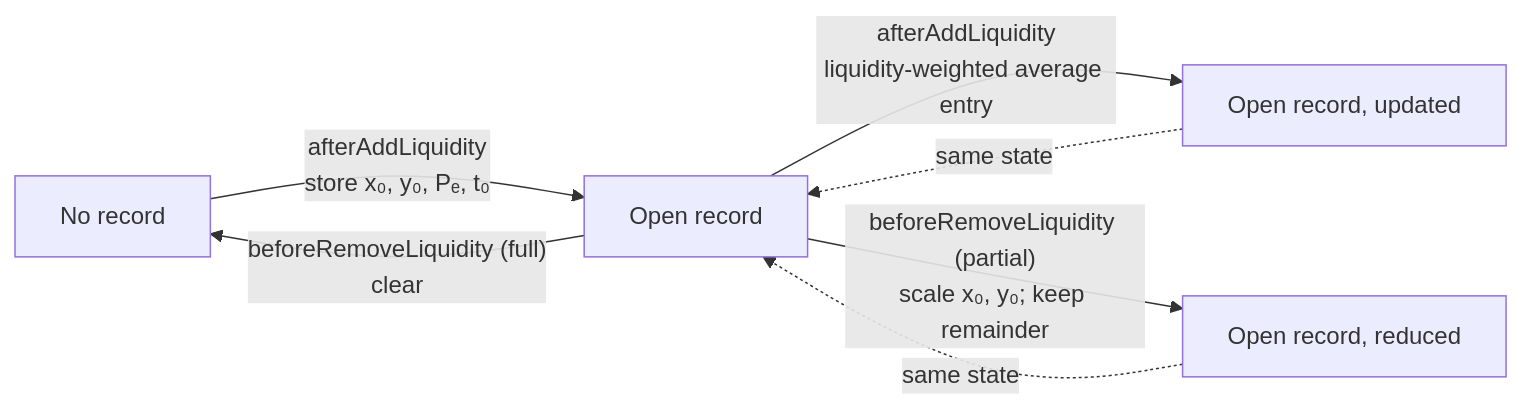
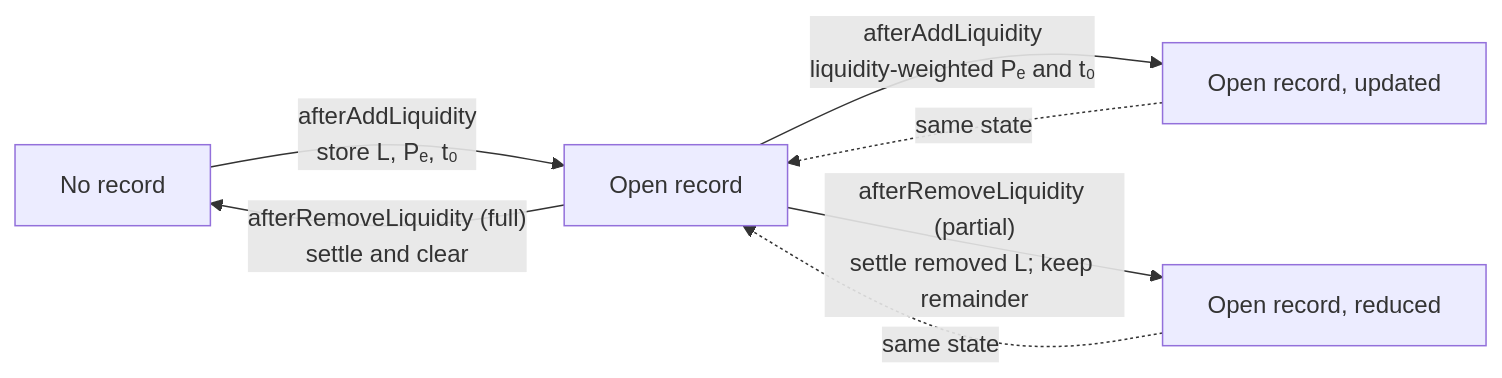
One commit to eabz/ballast changed the third of 3 diagrams in docs/03-hook-lifecycle.md. Above: the diagram before and after it, drawn with Mermaid. The commit also changed other lines of this file and 87 other files, not shown here.

````diff
--- a/docs/03-hook-lifecycle.md
+++ b/docs/03-hook-lifecycle.md
@@ -66,9 +71,9 @@
 ```mermaid
 flowchart LR
-    N[No record] -- "afterAddLiquidity<br/>store x₀, y₀, Pₑ, t₀" --> O[Open record]
-    O -- "afterAddLiquidity<br/>liquidity-weighted average entry" --> O2[Open record, updated]
+    N[No record] -- "afterAddLiquidity<br/>store L, Pₑ, t₀" --> O[Open record]
+    O -- "afterAddLiquidity<br/>liquidity-weighted Pₑ and t₀" --> O2[Open record, updated]
     O2 -. same state .-> O
-    O -- "beforeRemoveLiquidity (partial)<br/>scale x₀, y₀; keep remainder" --> P[Open record, reduced]
+    O -- "afterRemoveLiquidity (partial)<br/>settle removed L; keep remainder" --> P[Open record, reduced]
     P -. same state .-> O
-    O -- "beforeRemoveLiquidity (full)<br/>clear" --> N
+    O -- "afterRemoveLiquidity (full)<br/>settle and clear" --> N
 ```
````
